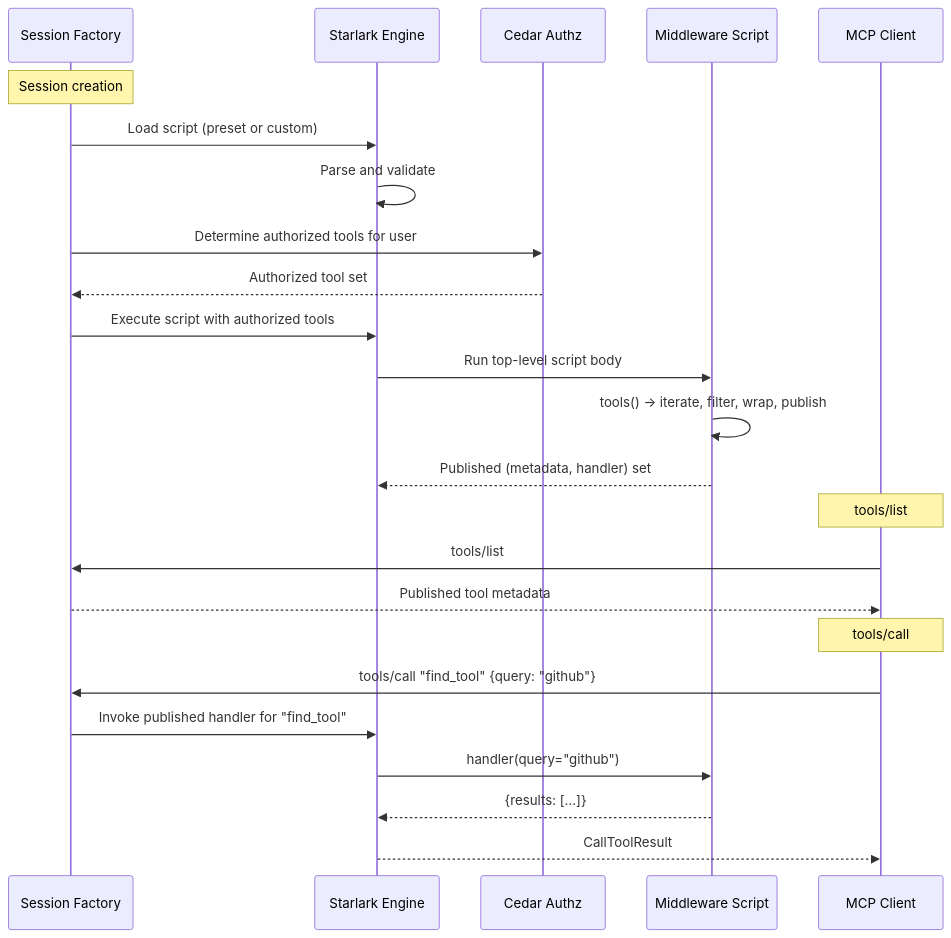
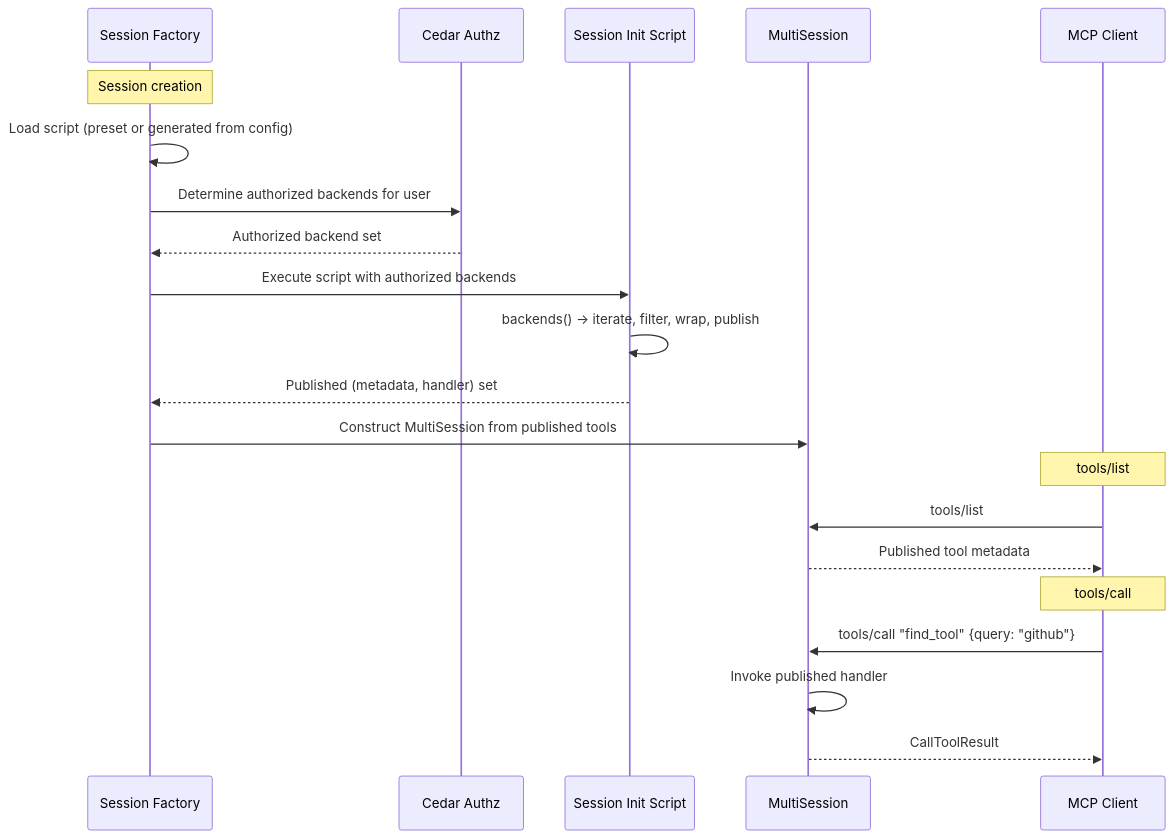
The second of 2 diagrams in rfcs/THV-0059-starlark-programmable-middleware.md (stacklok/toolhive-rfcs), drawn with Mermaid before and after one commit. The commit also changed other lines of this file, not shown here.

````diff
--- a/rfcs/THV-0059-starlark-programmable-middleware.md
+++ b/rfcs/THV-0059-starlark-programmable-middleware.md
@@ -553,31 +540,27 @@
 ```mermaid
 sequenceDiagram
     participant Factory as Session Factory
-    participant Engine as Starlark Engine
     participant Cedar as Cedar Authz
-    participant Script as Middleware Script
+    participant Script as Session Init Script
+    participant Session as MultiSession
     participant Agent as MCP Client
 
     Note over Factory: Session creation
-    Factory->>Engine: Load script (preset or custom)
-    Engine->>Engine: Parse and validate
+    Factory->>Factory: Load script (preset or generated from config)
+    Factory->>Cedar: Determine authorized backends for user
+    Cedar-->>Factory: Authorized backend set
 
-    Factory->>Cedar: Determine authorized tools for user
-    Cedar-->>Factory: Authorized tool set
-
-    Factory->>Engine: Execute script with authorized tools
-    Engine->>Script: Run top-level script body
-    Script->>Script: tools() → iterate, filter, wrap, publish
-    Script-->>Engine: Published (metadata, handler) set
+    Factory->>Script: Execute script with authorized backends
+    Script->>Script: backends() → iterate, filter, wrap, publish
+    Script-->>Factory: Published (metadata, handler) set
+    Factory->>Session: Construct MultiSession from published tools
 
     Note over Agent: tools/list
-    Agent->>Factory: tools/list
-    Factory-->>Agent: Published tool metadata
+    Agent->>Session: tools/list
+    Session-->>Agent: Published tool metadata
 
     Note over Agent: tools/call
-    Agent->>Factory: tools/call "find_tool" {query: "github"}
-    Factory->>Engine: Invoke published handler for "find_tool"
-    Engine->>Script: handler(query="github")
-    Script-->>Engine: {results: [...]}
-    Engine-->>Agent: CallToolResult
+    Agent->>Session: tools/call "find_tool" {query: "github"}
+    Session->>Session: Invoke published handler
+    Session-->>Agent: CallToolResult
 ```
````
